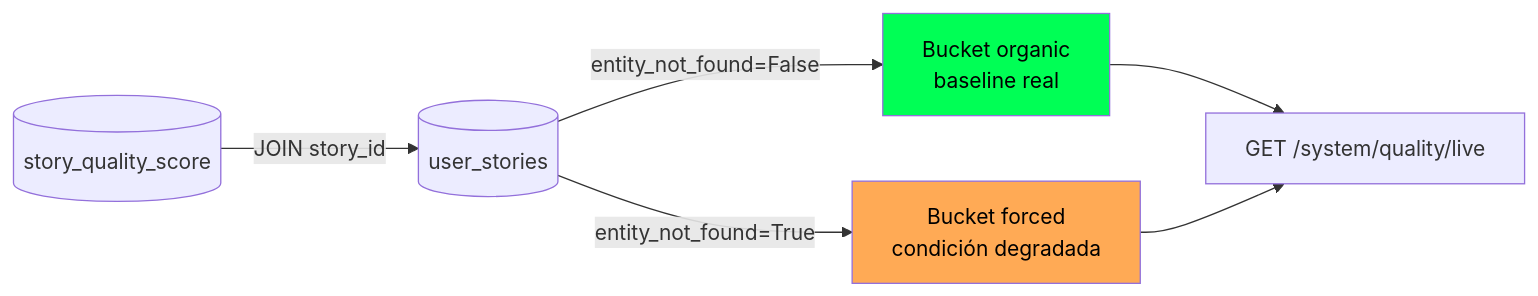
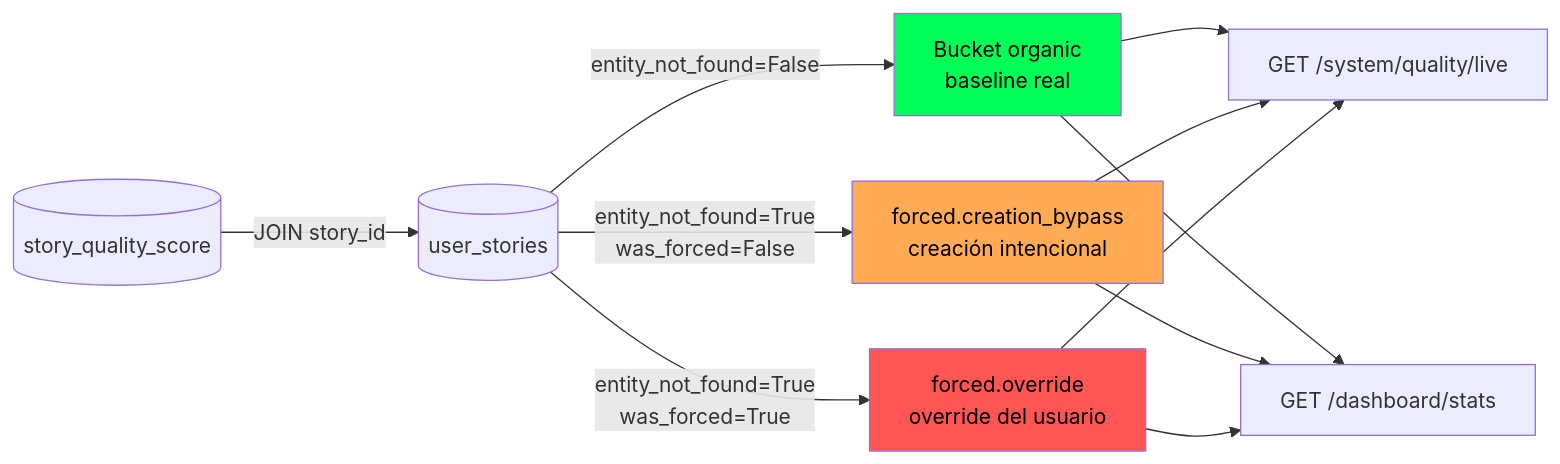
One commit to cfgomez86/bridgeai changed the seventh of 10 diagrams in docs/arquitectura.md. Above: the diagram before and after it, drawn with Mermaid. The commit also changed other lines of this file and 17 other files, not shown here.

````diff
--- a/docs/arquitectura.md
+++ b/docs/arquitectura.md
@@ -180,11 +184,17 @@
 ```mermaid
 flowchart LR
     SCORE[(story_quality_score)] -->|JOIN story_id| STORY[(user_stories)]
     STORY -->|entity_not_found=False| ORG[Bucket organic<br/>baseline real]
-    STORY -->|entity_not_found=True| FRC[Bucket forced<br/>condición degradada]
-    ORG --> EP[GET /system/quality/live]
-    FRC --> EP
+    STORY -->|entity_not_found=True<br/>was_forced=False| CREATE[forced.creation_bypass<br/>creación intencional]
+    STORY -->|entity_not_found=True<br/>was_forced=True| OVR[forced.override<br/>override del usuario]
+    ORG --> LIVE[GET /system/quality/live]
+    CREATE --> LIVE
+    OVR --> LIVE
+    ORG --> DASH[GET /dashboard/stats]
+    CREATE --> DASH
+    OVR --> DASH
 
     style ORG fill:#0f5,color:#000
-    style FRC fill:#fa5,color:#000
+    style CREATE fill:#fa5,color:#000
+    style OVR fill:#f55,color:#000
 ```
````
